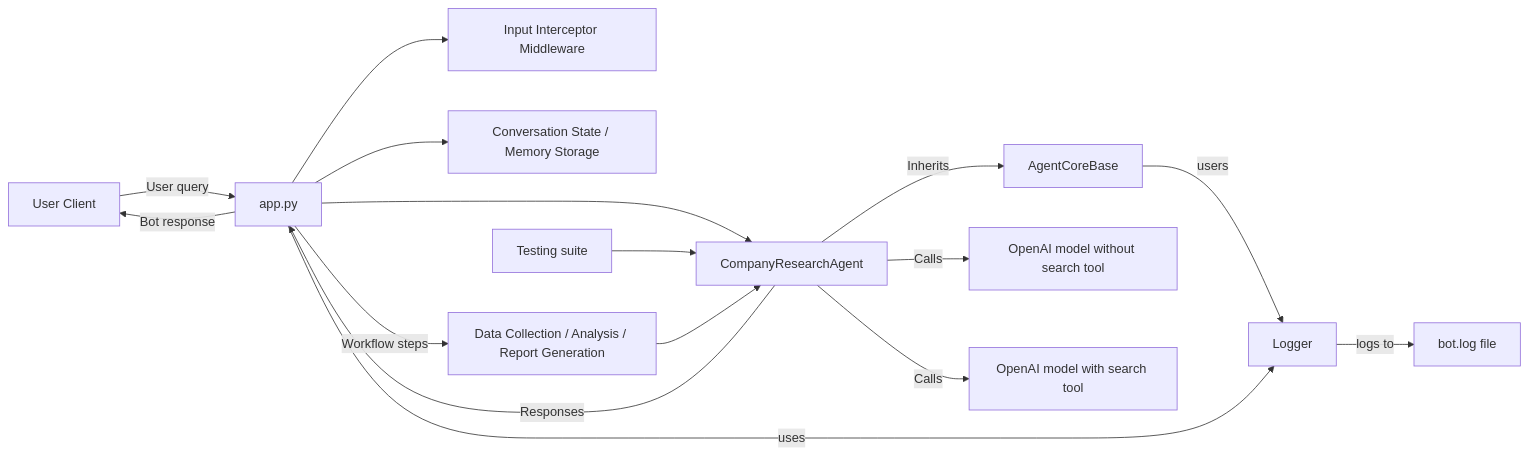
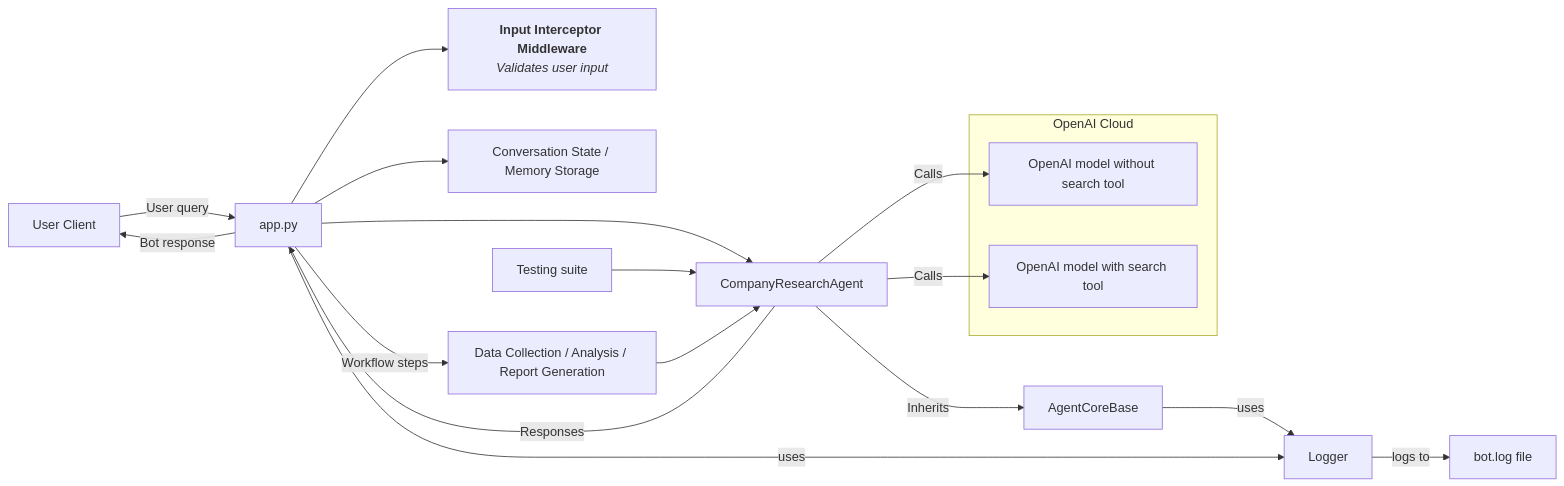
One commit to mike-1-1-1/Company-Research-bot- changed the diagram in architecture-diagram.md. Above: the diagram before and after it, drawn with Mermaid.

Commit message:
improve documentation

````diff
--- a/architecture-diagram.md
+++ b/architecture-diagram.md
@@ -3,19 +3,25 @@
 ```mermaid
 flowchart LR
     U[User Client] -->|User query| A[app.py]
-    A --> M[Input Interceptor Middleware]
+    A --> M["<b>Input Interceptor Middleware</b><br/><i>Validates user input</i>"]
     A --> S[Conversation State / Memory Storage]
     A --> B[CompanyResearchAgent]
     B --> |Inherits| Y[AgentCoreBase]
-    Y --> |users| L
-    B --> |Calls| O[OpenAI model without search tool]
-    B --> |Calls| W[OpenAI model with search tool]
-    A --> |uses| L[Logger]
+    Y --> |uses| L[Logger]
+    A --> |uses| L
+
+    subgraph OpenAICloud[OpenAI Cloud]
+        O[OpenAI model without search tool]
+        W[OpenAI model with search tool]
+    end
+
+    B -->|Calls| O
+    B -->|Calls| W
     L --> |logs to| X[bot.log file]
     T[Testing suite] --> B
 
     A -->|Workflow steps| R[Data Collection / Analysis / Report Generation]
     R --> B
     B -->|Responses| A
     A -->|Bot response| U
 ```
````
